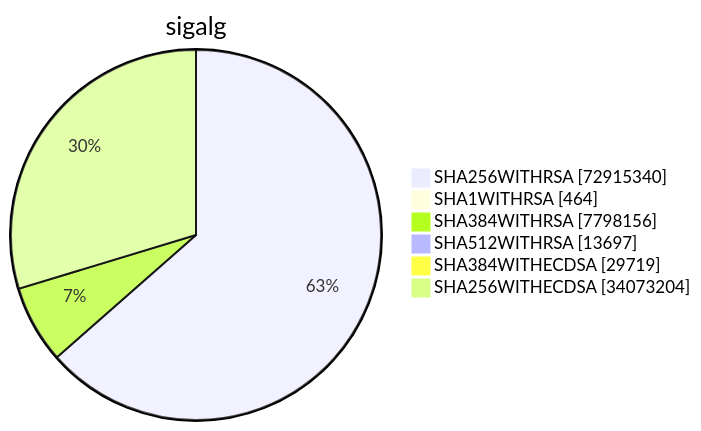
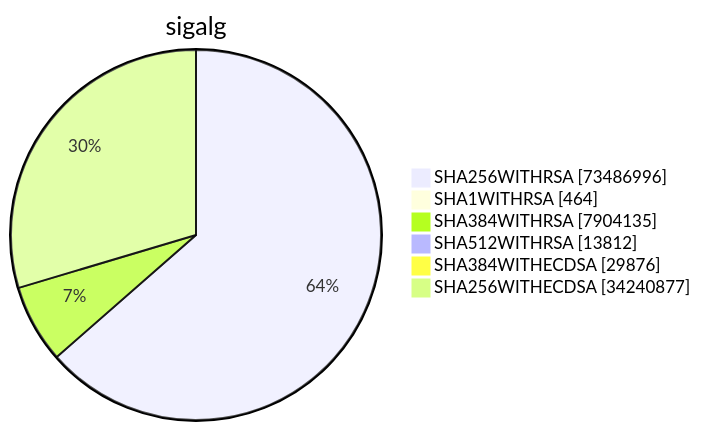
Diagram 15 of 15 in argon2023/README.md (christiankrug/ctmonitor_visualization), drawn with Mermaid before and after one commit. The commit also changed other lines of this file, not shown here.

````diff
--- a/argon2023/README.md
+++ b/argon2023/README.md
@@ -4534,10 +4540,10 @@
 ```mermaid
 pie showData
 title sigalg
-"SHA256WITHRSA" :72915340
+"SHA256WITHRSA" :73486996
 "SHA1WITHRSA" :464
-"SHA384WITHRSA" :7798156
-"SHA512WITHRSA" :13697
-"SHA384WITHECDSA" :29719
-"SHA256WITHECDSA" :34073204
+"SHA384WITHRSA" :7904135
+"SHA512WITHRSA" :13812
+"SHA384WITHECDSA" :29876
+"SHA256WITHECDSA" :34240877
 ```
````
